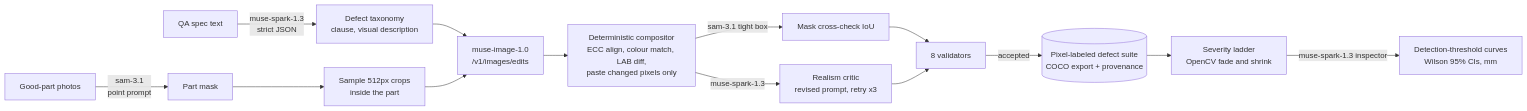
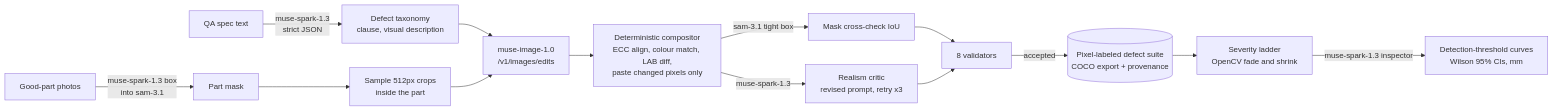
One commit to Hydra-Of-Malice/defect_forge changed the diagram in README.md. Above: the diagram before and after it, drawn with Mermaid. The commit also changed other lines of this file and 10 other files, not shown here.

````diff
--- a/README.md
+++ b/README.md
@@ -40,16 +40,16 @@
 ```mermaid
 flowchart LR
   A[QA spec text] -->|muse-spark-1.3<br/>strict JSON| B[Defect taxonomy<br/>clause, visual description]
-  P[Good-part photos] -->|sam-3.1<br/>point prompt| M[Part mask]
+  P[Good-part photos] -->|muse-spark-1.3 box<br/>into sam-3.1| M[Part mask]
   M --> C[Sample 512px crops<br/>inside the part]
   B --> E
   C --> E[muse-image-1.0<br/>/v1/images/edits]
   E --> K[Deterministic compositor<br/>ECC align, colour match, LAB diff,<br/>paste changed pixels only]
   K -->|sam-3.1 tight box| S[Mask cross-check IoU]
   K -->|muse-spark-1.3| R[Realism critic<br/>revised prompt, retry x3]
   S --> V[8 validators]
   R --> V
   V -->|accepted| D[(Pixel-labeled defect suite<br/>COCO export + provenance)]
   D --> L[Severity ladder<br/>OpenCV fade and shrink]
   L -->|muse-spark-1.3 inspector| T[Detection-threshold curves<br/>Wilson 95% CIs, mm]
 ```
````
